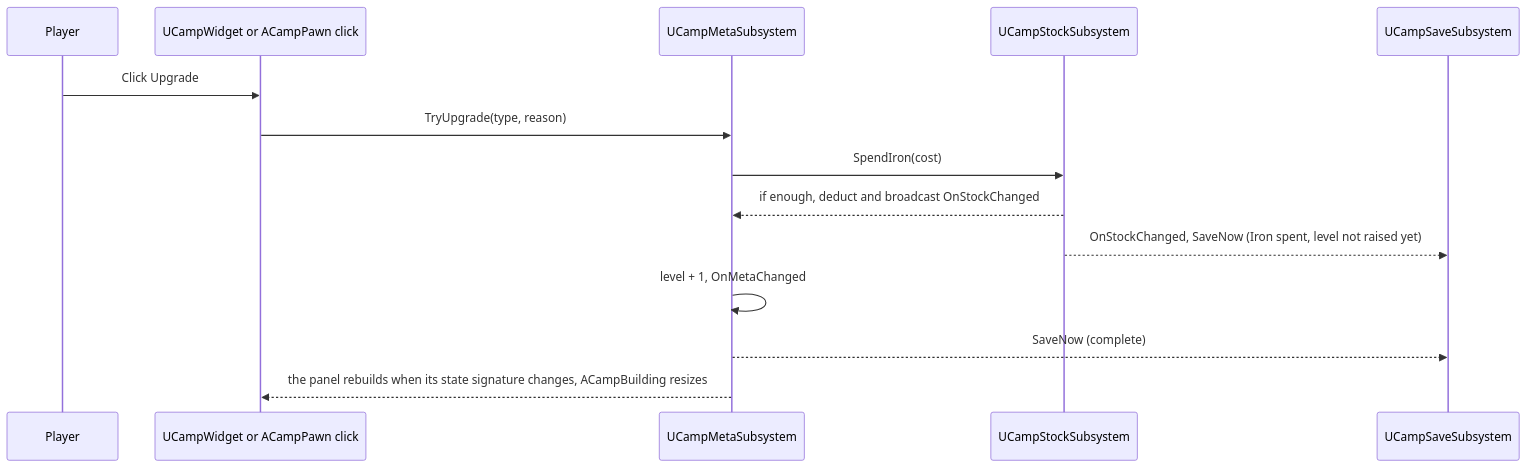
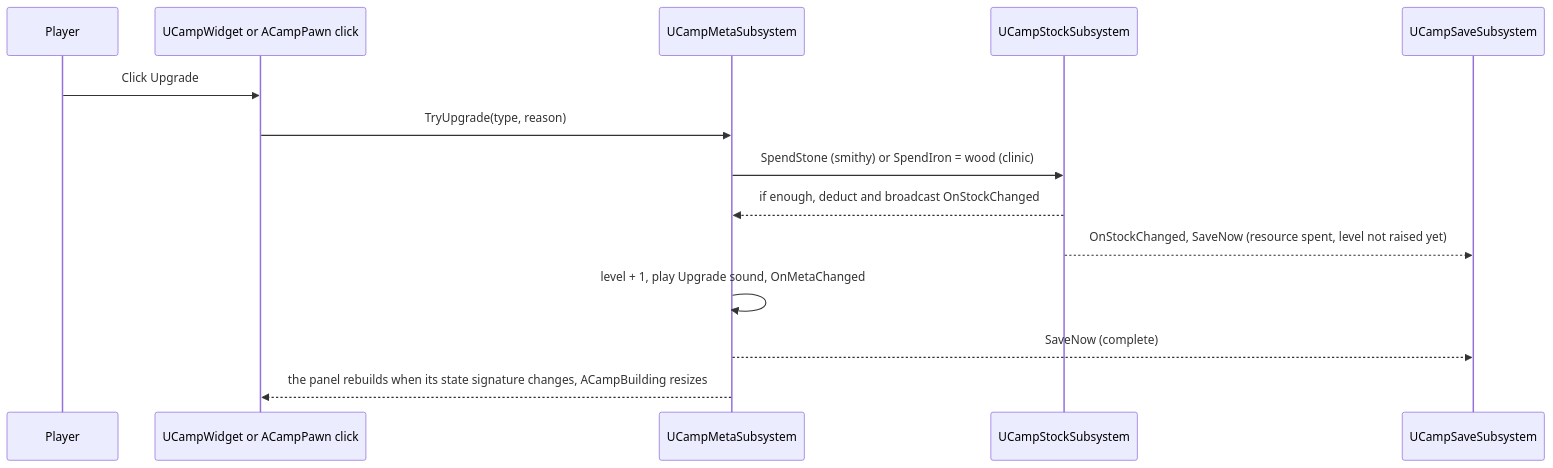
One commit to Huangyu-Shen/2026-epic-gamejam changed the fifth of 6 diagrams in docs/wiki/architecture.md. Above: the diagram before and after it, drawn with Mermaid. The commit also changed other lines of this file and 8 other files, not shown here.

````diff
--- a/docs/wiki/architecture.md
+++ b/docs/wiki/architecture.md
@@ -223,16 +269,16 @@
 ```mermaid
 sequenceDiagram
   participant P as Player
   participant W as UCampWidget or ACampPawn click
   participant M as UCampMetaSubsystem
   participant S as UCampStockSubsystem
   participant V as UCampSaveSubsystem
   P->>W: Click Upgrade
   W->>M: TryUpgrade(type, reason)
-  M->>S: SpendIron(cost)
+  M->>S: SpendStone (smithy) or SpendIron = wood (clinic)
   S-->>M: if enough, deduct and broadcast OnStockChanged
-  S-->>V: OnStockChanged, SaveNow (Iron spent, level not raised yet)
-  M->>M: level + 1, OnMetaChanged
+  S-->>V: OnStockChanged, SaveNow (resource spent, level not raised yet)
+  M->>M: level + 1, play Upgrade sound, OnMetaChanged
   M-->>V: SaveNow (complete)
   M-->>W: the panel rebuilds when its state signature changes, ACampBuilding resizes
 ```
````
